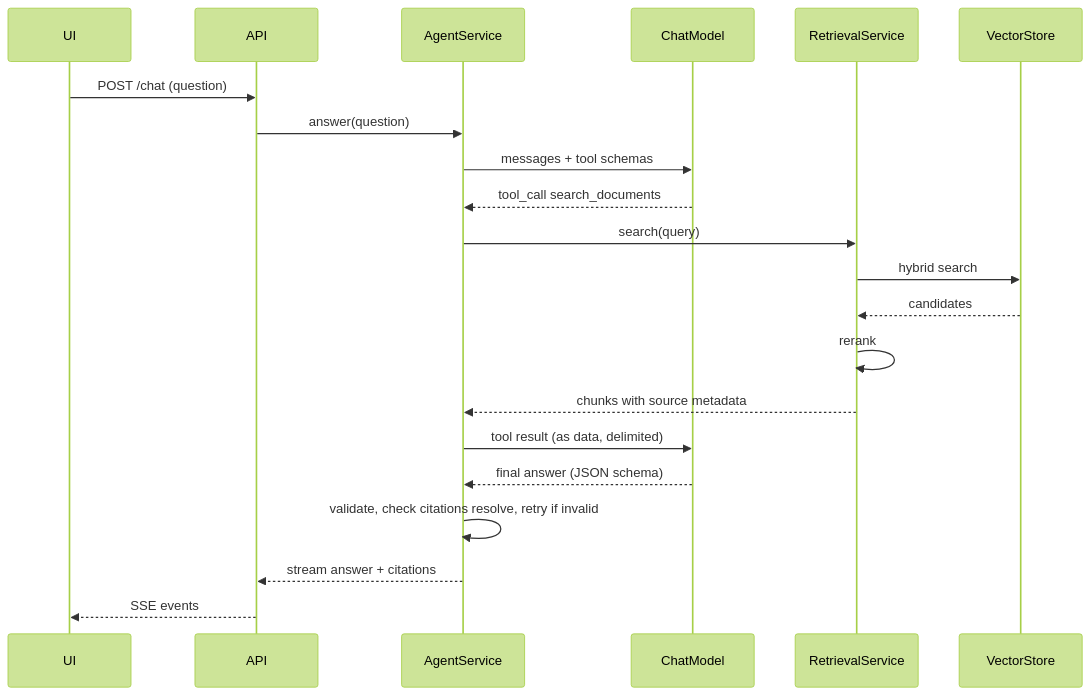
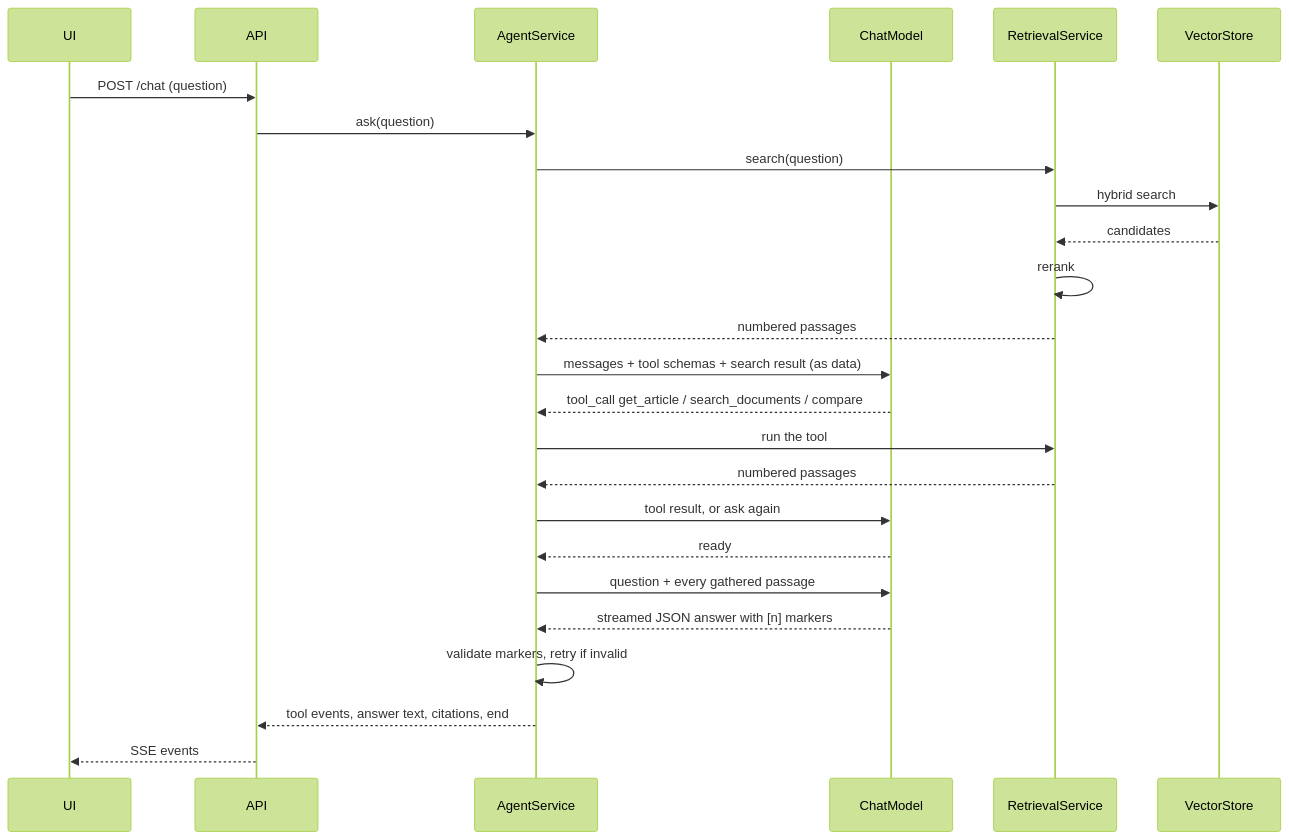
Before and after one commit to pg013c/offline-assistant: the fourth of 4 diagrams in docs/architecture.md, drawn with Mermaid (forest theme). The commit also changed other lines of this file and 4 other files, not shown here.

````diff
--- a/docs/architecture.md
+++ b/docs/architecture.md
@@ -137,23 +153,27 @@
 ```mermaid
 sequenceDiagram
     participant UI
     participant API
     participant Agent as AgentService
     participant LLM as ChatModel
     participant RAG as RetrievalService
     participant VS as VectorStore
     UI->>API: POST /chat (question)
-    API->>Agent: answer(question)
-    Agent->>LLM: messages + tool schemas
-    LLM-->>Agent: tool_call search_documents
-    Agent->>RAG: search(query)
+    API->>Agent: ask(question)
+    Agent->>RAG: search(question)
     RAG->>VS: hybrid search
     VS-->>RAG: candidates
     RAG->>RAG: rerank
-    RAG-->>Agent: chunks with source metadata
-    Agent->>LLM: tool result (as data, delimited)
-    LLM-->>Agent: final answer (JSON schema)
-    Agent->>Agent: validate, check citations resolve, retry if invalid
-    Agent-->>API: stream answer + citations
+    RAG-->>Agent: numbered passages
+    Agent->>LLM: messages + tool schemas + search result (as data)
+    LLM-->>Agent: tool_call get_article / search_documents / compare
+    Agent->>RAG: run the tool
+    RAG-->>Agent: numbered passages
+    Agent->>LLM: tool result, or ask again
+    LLM-->>Agent: ready
+    Agent->>LLM: question + every gathered passage
+    LLM-->>Agent: streamed JSON answer with [n] markers
+    Agent->>Agent: validate markers, retry if invalid
+    Agent-->>API: tool events, answer text, citations, end
     API-->>UI: SSE events
 ```
````
